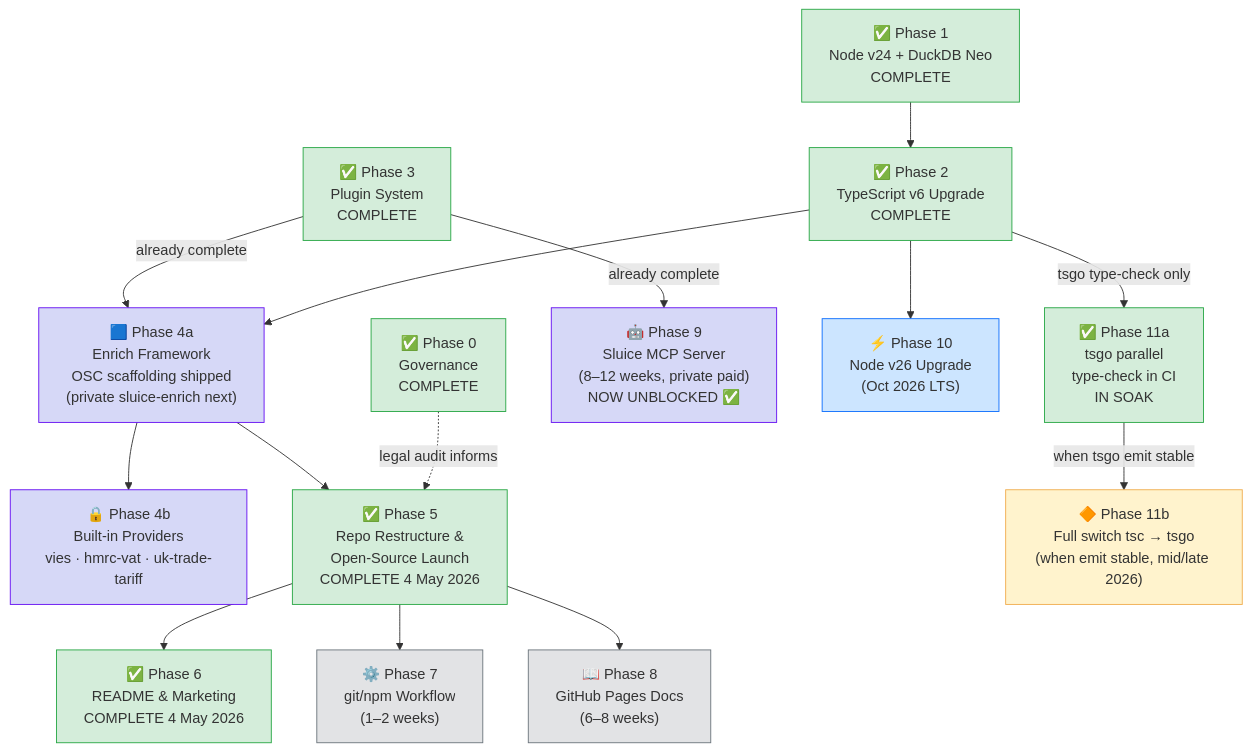
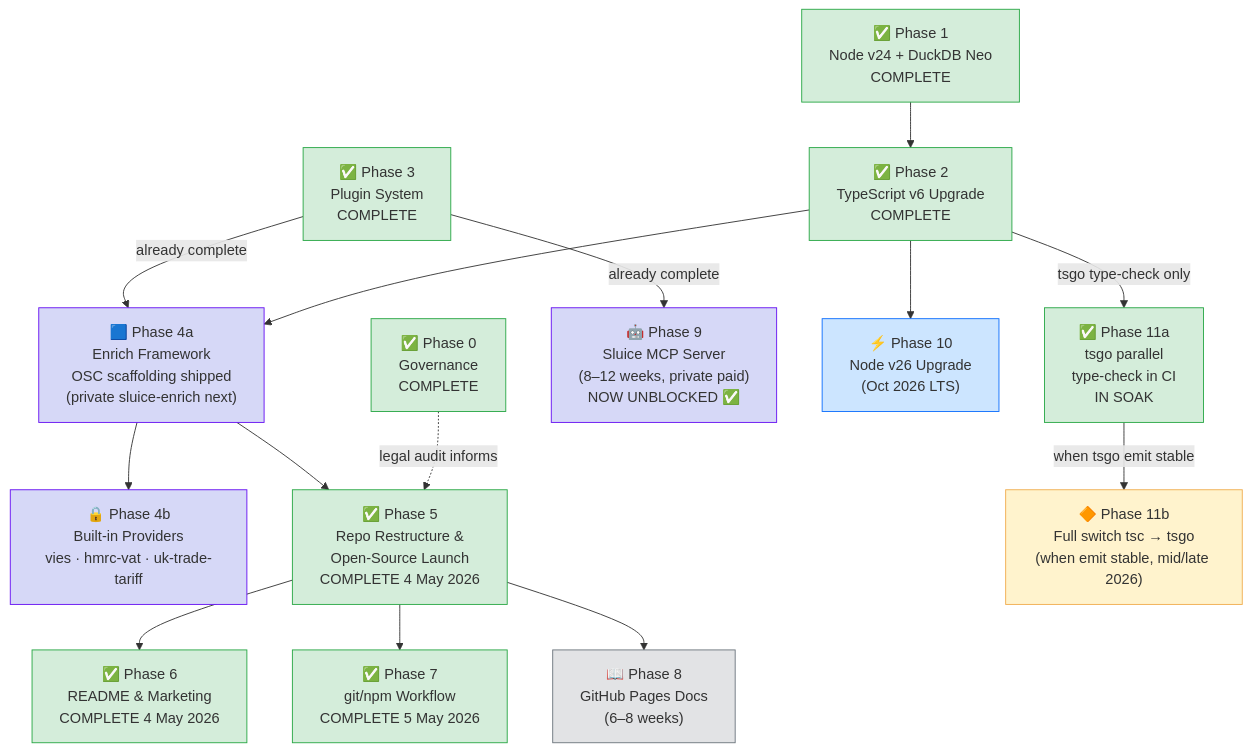
The second of 8 diagrams in docs/SLUICE-IMPLEMENTATION-PLAN.md (caracal-lynx/sluice), drawn with Mermaid before and after one commit. The commit also changed other lines of this file and 1 other file, not shown here.

````diff
--- a/docs/SLUICE-IMPLEMENTATION-PLAN.md
+++ b/docs/SLUICE-IMPLEMENTATION-PLAN.md
@@ -137,46 +137,46 @@
 ```mermaid
 flowchart TD
     P0["✅ Phase 0<br/>Governance<br/>COMPLETE"]
     P1["✅ Phase 1<br/>Node v24 + DuckDB Neo<br/>COMPLETE"]
     P2["✅ Phase 2<br/>TypeScript v6 Upgrade<br/>COMPLETE"]
     P3["✅ Phase 3<br/>Plugin System<br/>COMPLETE"]
     P4A["🟦 Phase 4a<br/>Enrich Framework<br/>OSC scaffolding shipped<br/>(private sluice-enrich next)"]
     P4B["🔒 Phase 4b<br/>Built-in Providers<br/>vies · hmrc-vat · uk-trade-tariff"]
     P5["✅ Phase 5<br/>Repo Restructure &<br/>Open-Source Launch<br/>COMPLETE 4 May 2026"]
     P6["✅ Phase 6<br/>README & Marketing<br/>COMPLETE 4 May 2026"]
-    P7["⚙️ Phase 7<br/>git/npm Workflow<br/>(1–2 weeks)"]
+    P7["✅ Phase 7<br/>git/npm Workflow<br/>COMPLETE 5 May 2026"]
     P8["📖 Phase 8<br/>GitHub Pages Docs<br/>(6–8 weeks)"]
     P9["🤖 Phase 9<br/>Sluice MCP Server<br/>(8–12 weeks, private paid)<br/>NOW UNBLOCKED ✅"]
     P10["⚡ Phase 10<br/>Node v26 Upgrade<br/>(Oct 2026 LTS)"]
     P11A["✅ Phase 11a<br/>tsgo parallel<br/>type-check in CI<br/>IN SOAK"]
     P11B["🔶 Phase 11b<br/>Full switch tsc → tsgo<br/>(when emit stable, mid/late 2026)"]
 
     P0 -.->|legal audit informs| P5
     P1 --> P2
     P2 -->|tsgo type-check only| P11A
     P2 --> P4A
     P3 -->|already complete| P4A
     P3 -->|already complete| P9
     P4A --> P4B
     P4A --> P5
     P5 --> P6
     P5 --> P7
     P5 --> P8
     P2 --> P10
     P11A -->|when tsgo emit stable| P11B
 
     style P0 fill:#d4edda,stroke:#28a745
     style P1 fill:#d4edda,stroke:#28a745
     style P2 fill:#d4edda,stroke:#28a745
     style P3 fill:#d4edda,stroke:#28a745
     style P4A fill:#d6d8f7,stroke:#6610f2
     style P4B fill:#d6d8f7,stroke:#6610f2
     style P5 fill:#d4edda,stroke:#28a745
     style P6 fill:#d4edda,stroke:#28a745
-    style P7 fill:#e2e3e5,stroke:#6c757d
+    style P7 fill:#d4edda,stroke:#28a745
     style P8 fill:#e2e3e5,stroke:#6c757d
     style P9 fill:#d6d8f7,stroke:#6610f2
     style P10 fill:#cce5ff,stroke:#0d6efd
     style P11A fill:#d4edda,stroke:#28a745
     style P11B fill:#fff3cd,stroke:#f0ad4e
 ```
````
